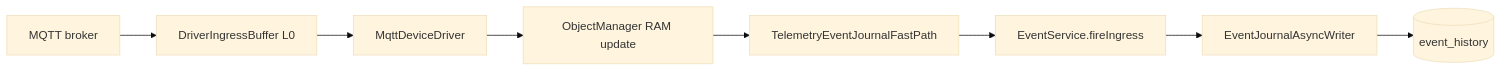
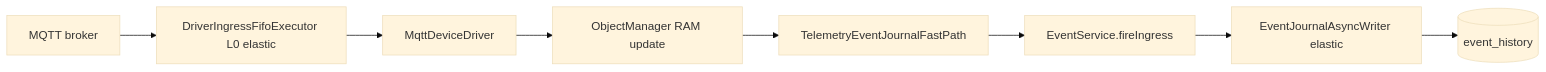
One commit to iot-solutions-ru/ispf changed the first of 2 diagrams in docs/decisions/0027-event-journal-ingress-fast-path.md. Above: the diagram before and after it, drawn with Mermaid (base theme). The commit also changed other lines of this file and 125 other files, not shown here.

First line of the commit message:
feat(server): cluster HA, storage auto-schema, and lab deploy tooling

````diff
--- a/docs/decisions/0027-event-journal-ingress-fast-path.md
+++ b/docs/decisions/0027-event-journal-ingress-fast-path.md
@@ -63,13 +69,13 @@
 ```mermaid
 flowchart LR
     MQTT[MQTT broker]
-    L0[DriverIngressBuffer L0]
+    L0[DriverIngressFifoExecutor L0 elastic]
     DRV[MqttDeviceDriver]
     RAM[ObjectManager RAM update]
     EJF[TelemetryEventJournalFastPath]
     ES[EventService.fireIngress]
-    EJW[EventJournalAsyncWriter]
+    EJW[EventJournalAsyncWriter elastic]
     CH[(event_history)]
 
     MQTT --> L0 --> DRV --> RAM --> EJF --> ES --> EJW --> CH
 ```
````
